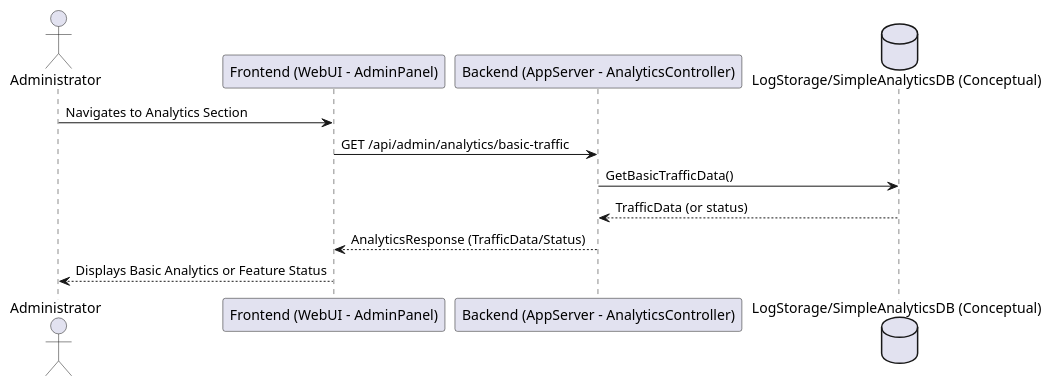
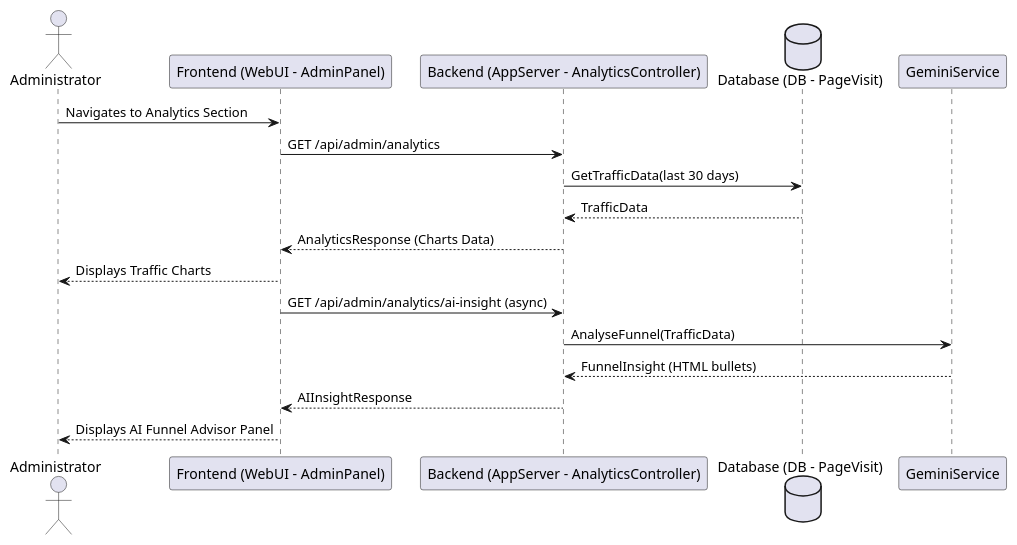
Diagram 22 of 34 in Academic fluff (temp)/appendix: SRS.md (7azmi/Al-Muneer-Portal), drawn with PlantUML before and after one commit. The commit also changed other lines of this file, not shown here.

````diff
--- a/Academic fluff (temp)/appendix: SRS.md
+++ b/Academic fluff (temp)/appendix: SRS.md
@@ -1021,15 +1032,22 @@
 ```plantuml
 @startuml
 actor Administrator as Admin
 participant "Frontend (WebUI - AdminPanel)" as UI
 participant "Backend (AppServer - AnalyticsController)" as App
-database "LogStorage/SimpleAnalyticsDB (Conceptual)" as DB
+database "Database (DB - PageVisit)" as DB
+participant "GeminiService" as AI
 
 Admin -> UI : Navigates to Analytics Section
-UI -> App : GET /api/admin/analytics/basic-traffic
-App -> DB : GetBasicTrafficData()
-DB --> App : TrafficData (or status)
-App --> UI : AnalyticsResponse (TrafficData/Status)
-UI --> Admin : Displays Basic Analytics or Feature Status
+UI -> App : GET /api/admin/analytics
+App -> DB : GetTrafficData(last 30 days)
+DB --> App : TrafficData
+App --> UI : AnalyticsResponse (Charts Data)
+UI --> Admin : Displays Traffic Charts
+
+UI -> App : GET /api/admin/analytics/ai-insight (async)
+App -> AI : AnalyseFunnel(TrafficData)
+AI --> App : FunnelInsight (HTML bullets)
+App --> UI : AIInsightResponse
+UI --> Admin : Displays AI Funnel Advisor Panel
 @enduml
 ```
````
